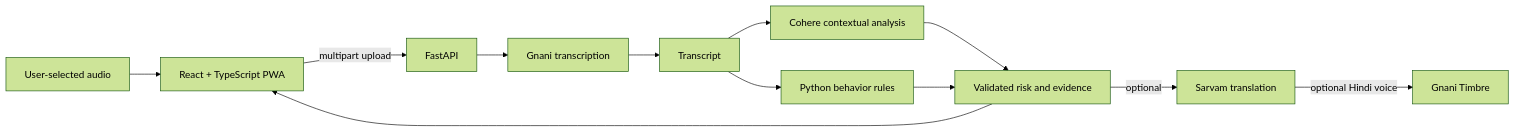
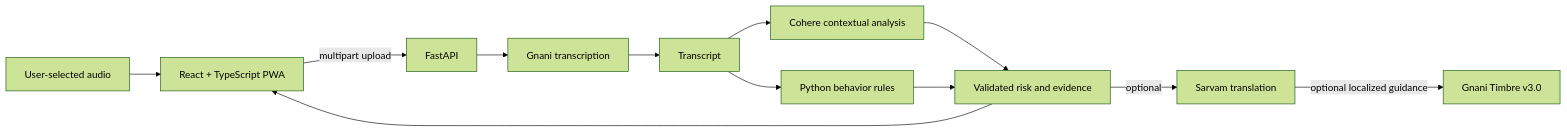
Before and after one commit to ManyaValecha/TRUSTLINE: the diagram in docs/ARCHITECTURE.md, drawn with Mermaid (forest theme). The commit also changed other lines of this file and 23 other files, not shown here.

````diff
--- a/docs/ARCHITECTURE.md
+++ b/docs/ARCHITECTURE.md
@@ -3,14 +3,14 @@
 ```mermaid
 flowchart LR
   U[User-selected audio] --> FE[React + TypeScript PWA]
   FE -->|multipart upload| API[FastAPI]
   API --> STT[Gnani transcription]
   STT --> T[Transcript]
   T --> CH[Cohere contextual analysis]
   T --> RULES[Python behavior rules]
   CH --> R[Validated risk and evidence]
   RULES --> R
   R -->|optional| SARVAM[Sarvam translation]
-  SARVAM -->|optional Hindi voice| TTS[Gnani Timbre]
+  SARVAM -->|optional localized guidance| TTS[Gnani Timbre v3.0]
   R --> FE
 ```
````
